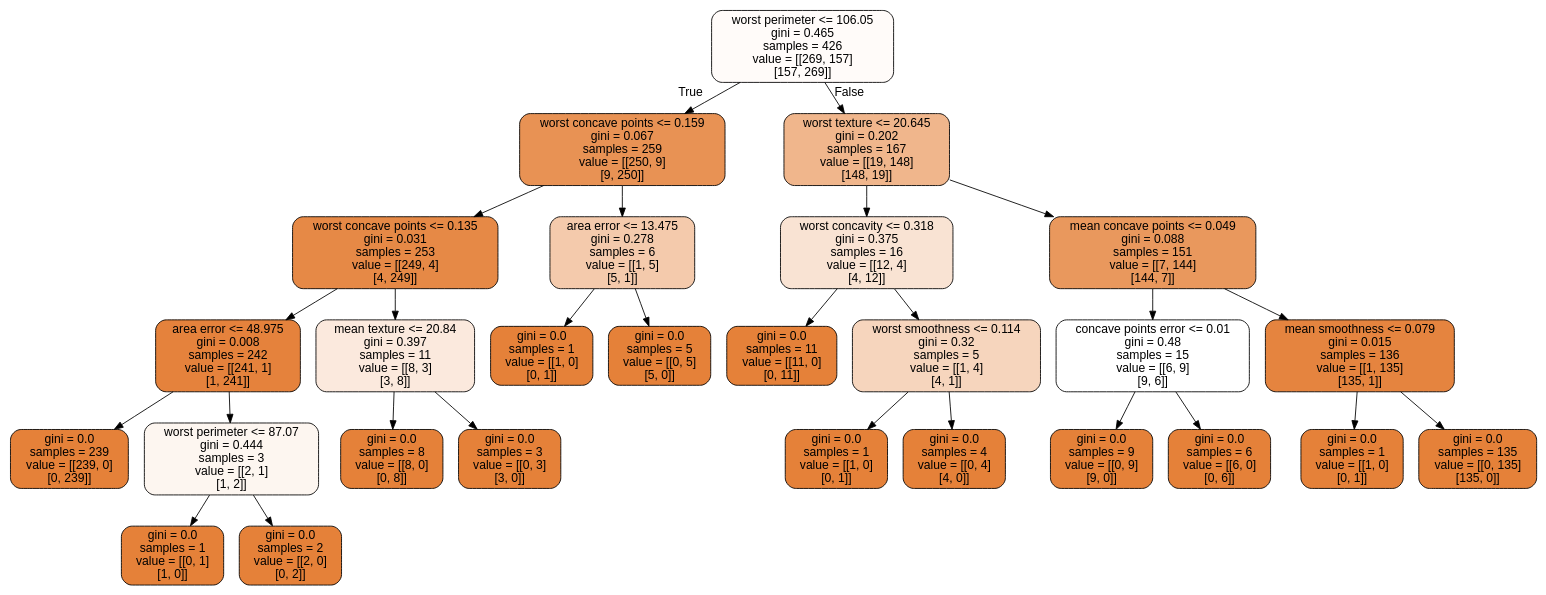
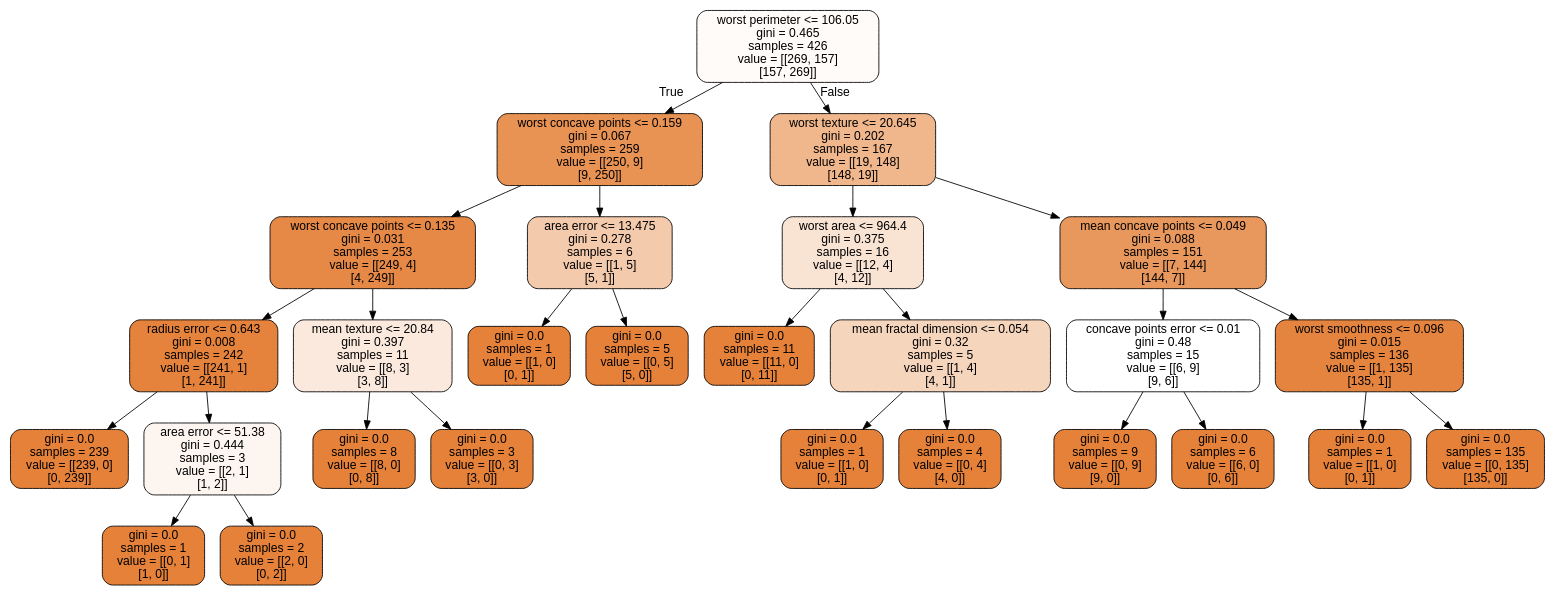
Before and after one commit to CompPhysics/MachineLearning: the diagram in doc/pub/DecisionTrees/ipynb/DataFiles/cancer.dot, drawn with Graphviz. The commit also changed 2 other files, not shown here.

```diff
--- a/doc/pub/DecisionTrees/ipynb/DataFiles/cancer.dot
+++ b/doc/pub/DecisionTrees/ipynb/DataFiles/cancer.dot
@@ -1,57 +1,57 @@
 digraph Tree {
 node [shape=box, style="filled, rounded", color="black", fontname=helvetica] ;
 edge [fontname=helvetica] ;
 0 [label="worst perimeter <= 106.05\ngini = 0.465\nsamples = 426\nvalue = [[269, 157]\n[157, 269]]", fillcolor="#e5813908"] ;
 1 [label="worst concave points <= 0.159\ngini = 0.067\nsamples = 259\nvalue = [[250, 9]\n[9, 250]]", fillcolor="#e58139db"] ;
 0 -> 1 [labeldistance=2.5, labelangle=45, headlabel="True"] ;
 2 [label="worst concave points <= 0.135\ngini = 0.031\nsamples = 253\nvalue = [[249, 4]\n[4, 249]]", fillcolor="#e58139ee"] ;
 1 -> 2 ;
-3 [label="area error <= 48.975\ngini = 0.008\nsamples = 242\nvalue = [[241, 1]\n[1, 241]]", fillcolor="#e58139fb"] ;
+3 [label="radius error <= 0.643\ngini = 0.008\nsamples = 242\nvalue = [[241, 1]\n[1, 241]]", fillcolor="#e58139fb"] ;
 2 -> 3 ;
 4 [label="gini = 0.0\nsamples = 239\nvalue = [[239, 0]\n[0, 239]]", fillcolor="#e58139ff"] ;
 3 -> 4 ;
-5 [label="worst perimeter <= 87.07\ngini = 0.444\nsamples = 3\nvalue = [[2, 1]\n[1, 2]]", fillcolor="#e5813913"] ;
+5 [label="area error <= 51.38\ngini = 0.444\nsamples = 3\nvalue = [[2, 1]\n[1, 2]]", fillcolor="#e5813913"] ;
 3 -> 5 ;
 6 [label="gini = 0.0\nsamples = 1\nvalue = [[0, 1]\n[1, 0]]", fillcolor="#e58139ff"] ;
 5 -> 6 ;
 7 [label="gini = 0.0\nsamples = 2\nvalue = [[2, 0]\n[0, 2]]", fillcolor="#e58139ff"] ;
 5 -> 7 ;
 8 [label="mean texture <= 20.84\ngini = 0.397\nsamples = 11\nvalue = [[8, 3]\n[3, 8]]", fillcolor="#e581392c"] ;
 2 -> 8 ;
 9 [label="gini = 0.0\nsamples = 8\nvalue = [[8, 0]\n[0, 8]]", fillcolor="#e58139ff"] ;
 8 -> 9 ;
 10 [label="gini = 0.0\nsamples = 3\nvalue = [[0, 3]\n[3, 0]]", fillcolor="#e58139ff"] ;
 8 -> 10 ;
 11 [label="area error <= 13.475\ngini = 0.278\nsamples = 6\nvalue = [[1, 5]\n[5, 1]]", fillcolor="#e581396b"] ;
 1 -> 11 ;
 12 [label="gini = 0.0\nsamples = 1\nvalue = [[1, 0]\n[0, 1]]", fillcolor="#e58139ff"] ;
 11 -> 12 ;
 13 [label="gini = 0.0\nsamples = 5\nvalue = [[0, 5]\n[5, 0]]", fillcolor="#e58139ff"] ;
 11 -> 13 ;
 14 [label="worst texture <= 20.645\ngini = 0.202\nsamples = 167\nvalue = [[19, 148]\n[148, 19]]", fillcolor="#e5813994"] ;
 0 -> 14 [labeldistance=2.5, labelangle=-45, headlabel="False"] ;
-15 [label="worst concavity <= 0.318\ngini = 0.375\nsamples = 16\nvalue = [[12, 4]\n[4, 12]]", fillcolor="#e5813938"] ;
+15 [label="worst area <= 964.4\ngini = 0.375\nsamples = 16\nvalue = [[12, 4]\n[4, 12]]", fillcolor="#e5813938"] ;
 14 -> 15 ;
 16 [label="gini = 0.0\nsamples = 11\nvalue = [[11, 0]\n[0, 11]]", fillcolor="#e58139ff"] ;
 15 -> 16 ;
-17 [label="worst smoothness <= 0.114\ngini = 0.32\nsamples = 5\nvalue = [[1, 4]\n[4, 1]]", fillcolor="#e5813955"] ;
+17 [label="mean fractal dimension <= 0.054\ngini = 0.32\nsamples = 5\nvalue = [[1, 4]\n[4, 1]]", fillcolor="#e5813955"] ;
 15 -> 17 ;
 18 [label="gini = 0.0\nsamples = 1\nvalue = [[1, 0]\n[0, 1]]", fillcolor="#e58139ff"] ;
 17 -> 18 ;
 19 [label="gini = 0.0\nsamples = 4\nvalue = [[0, 4]\n[4, 0]]", fillcolor="#e58139ff"] ;
 17 -> 19 ;
 20 [label="mean concave points <= 0.049\ngini = 0.088\nsamples = 151\nvalue = [[7, 144]\n[144, 7]]", fillcolor="#e58139d0"] ;
 14 -> 20 ;
 21 [label="concave points error <= 0.01\ngini = 0.48\nsamples = 15\nvalue = [[6, 9]\n[9, 6]]", fillcolor="#e5813900"] ;
 20 -> 21 ;
 22 [label="gini = 0.0\nsamples = 9\nvalue = [[0, 9]\n[9, 0]]", fillcolor="#e58139ff"] ;
 21 -> 22 ;
 23 [label="gini = 0.0\nsamples = 6\nvalue = [[6, 0]\n[0, 6]]", fillcolor="#e58139ff"] ;
 21 -> 23 ;
-24 [label="mean smoothness <= 0.079\ngini = 0.015\nsamples = 136\nvalue = [[1, 135]\n[135, 1]]", fillcolor="#e58139f7"] ;
+24 [label="worst smoothness <= 0.096\ngini = 0.015\nsamples = 136\nvalue = [[1, 135]\n[135, 1]]", fillcolor="#e58139f7"] ;
 20 -> 24 ;
 25 [label="gini = 0.0\nsamples = 1\nvalue = [[1, 0]\n[0, 1]]", fillcolor="#e58139ff"] ;
 24 -> 25 ;
 26 [label="gini = 0.0\nsamples = 135\nvalue = [[0, 135]\n[135, 0]]", fillcolor="#e58139ff"] ;
 24 -> 26 ;
 }
```
